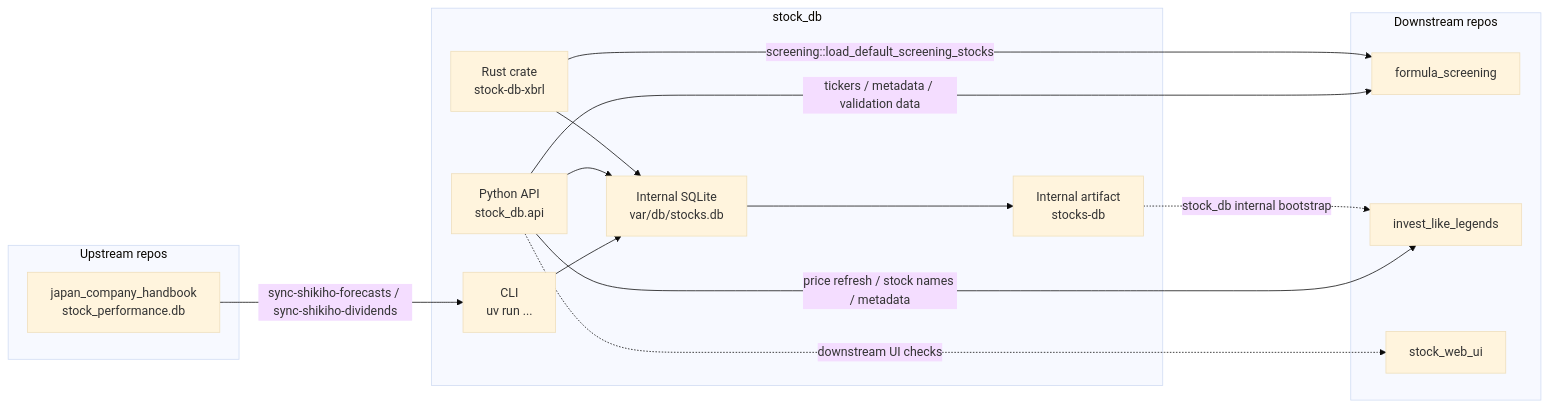
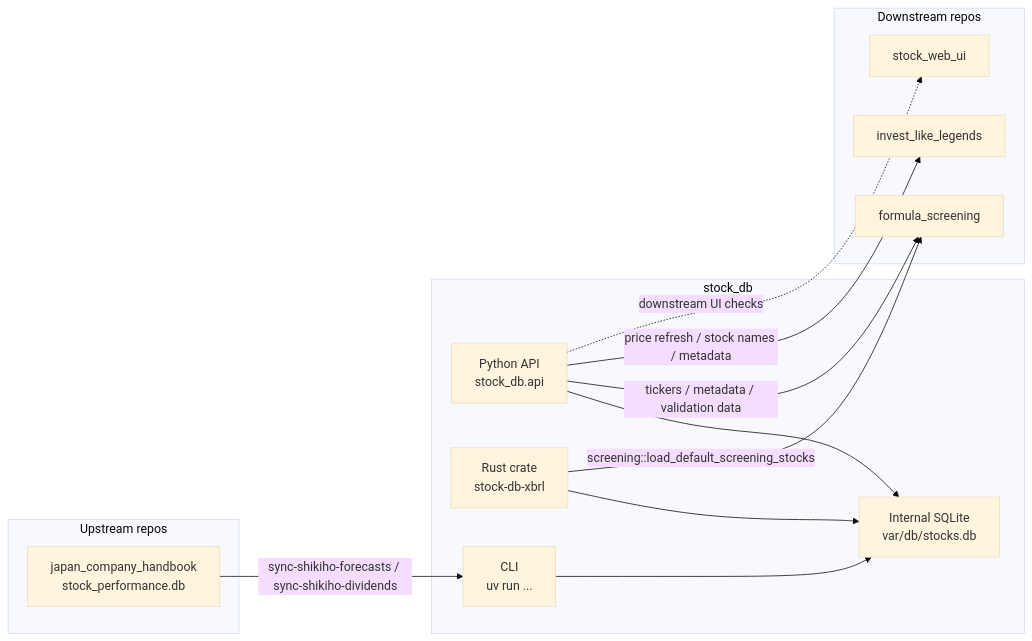
Before and after one commit to expgolemclone/stock_db: the first of 4 diagrams in ARCHITECTURE.md, drawn with Mermaid (base theme). The commit also changed other lines of this file and 1 other file, not shown here.

Commit message:
chore: remove GitHub Actions workflow and update ARCHITECTURE.md

````diff
--- a/ARCHITECTURE.md
+++ b/ARCHITECTURE.md
@@ -33,34 +33,31 @@
 ```mermaid
 flowchart LR
     subgraph upstream["Upstream repos"]
         handbook["japan_company_handbook\nstock_performance.db"]
     end
 
     subgraph stockdb["stock_db"]
         pyapi["Python API\nstock_db.api"]
         rustcore["Rust crate\nstock-db-xbrl"]
         sqlite["Internal SQLite\nvar/db/stocks.db"]
         cli["CLI\nuv run ..."]
-        artifact["Internal artifact\nstocks-db"]
     end
 
     subgraph downstream["Downstream repos"]
         formula["formula_screening"]
         legends["invest_like_legends"]
         webui["stock_web_ui"]
     end
 
     handbook -->|sync-shikiho-forecasts / sync-shikiho-dividends| cli
     cli --> sqlite
     pyapi --> sqlite
     rustcore --> sqlite
-    sqlite --> artifact
 
     pyapi -->|tickers / metadata / validation data| formula
     rustcore -->|screening::load_default_screening_stocks| formula
 
     pyapi -->|price refresh / stock names / metadata| legends
-    artifact -.->|stock_db internal bootstrap| legends
 
     pyapi -.->|downstream UI checks| webui
 ```
````
